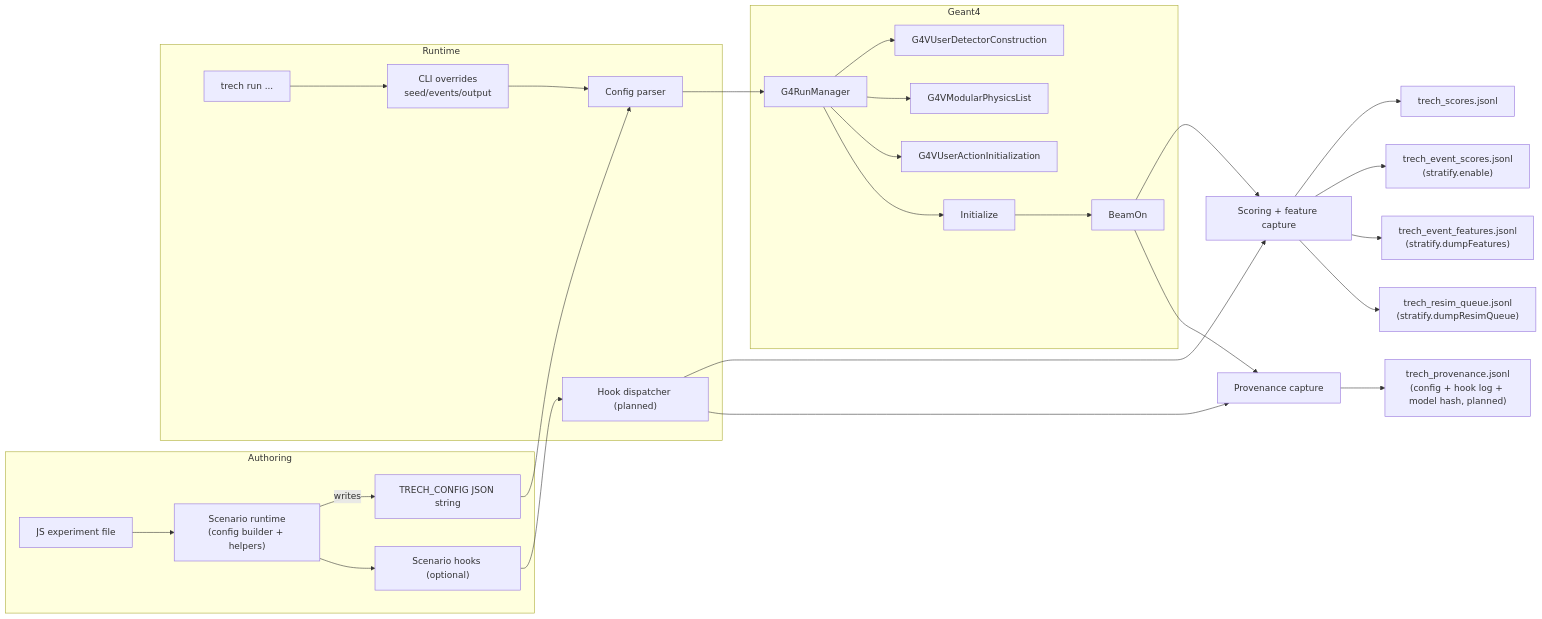
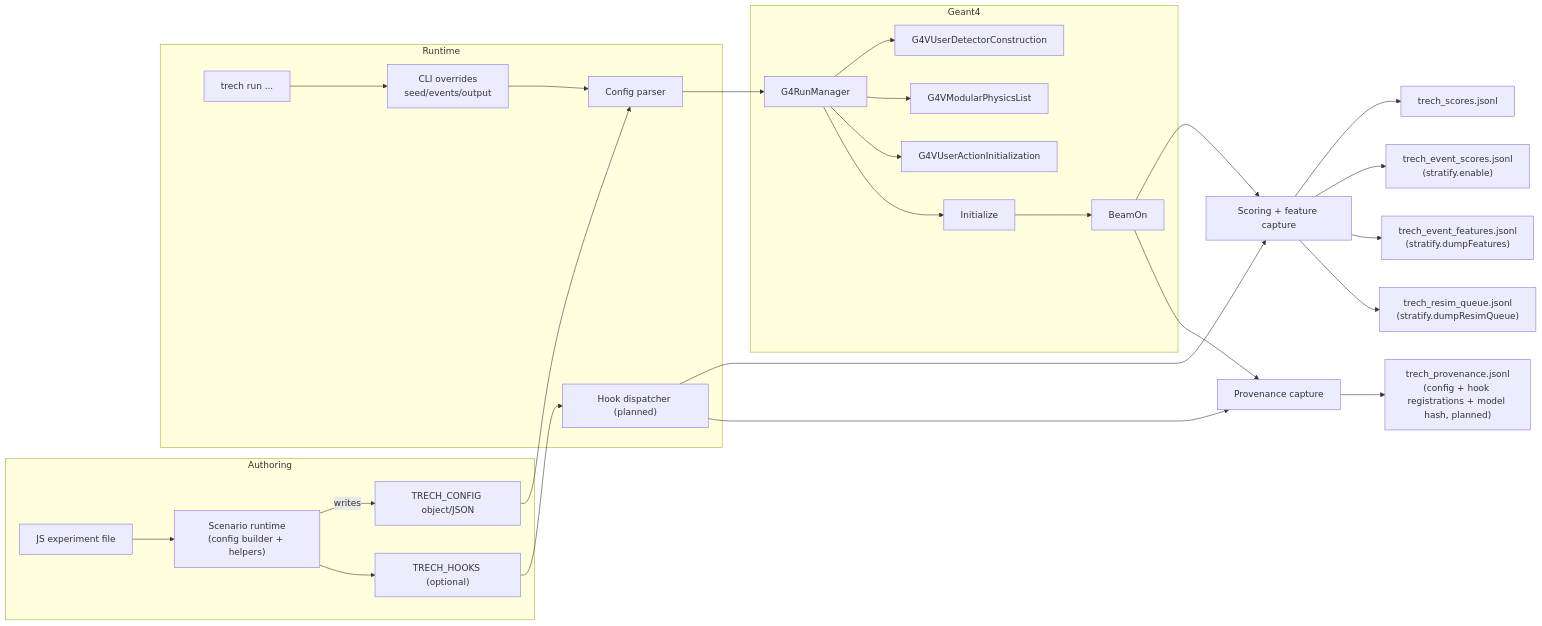
The first of 8 diagrams in CHARTS.md (Geckos-Ink/trech), drawn with Mermaid before and after one commit. The commit also changed other lines of this file and 32 other files, not shown here.

First line of the commit message:
shifted TRECH for object-based js configs

````diff
--- a/CHARTS.md
+++ b/CHARTS.md
@@ -9,31 +9,31 @@
 ```mermaid
 flowchart LR
   subgraph Authoring
     JS["JS experiment file"] --> SCEN["Scenario runtime\n(config builder + helpers)"]
-    SCEN -->|writes| CFG["TRECH_CONFIG JSON string"]
-    SCEN --> HOOKS["Scenario hooks (optional)"]
+    SCEN -->|writes| CFG["TRECH_CONFIG object/JSON"]
+    SCEN --> HOOKS["TRECH_HOOKS (optional)"]
   end
   subgraph Runtime
     CLI["trech run ..."] --> OV["CLI overrides\nseed/events/output"]
     CFG --> PARSE["Config parser"]
     OV --> PARSE
     HOOKS --> HOOKDISP["Hook dispatcher (planned)"]
   end
   subgraph Geant4
     PARSE --> RM["G4RunManager"]
     RM --> DET["G4VUserDetectorConstruction"]
     RM --> PHY["G4VModularPhysicsList"]
     RM --> ACT["G4VUserActionInitialization"]
     RM --> INIT["Initialize"]
     INIT --> BEAM["BeamOn"]
   end
   BEAM --> SCORE["Scoring + feature capture"]
   BEAM --> PROV["Provenance capture"]
   HOOKDISP --> SCORE
   HOOKDISP --> PROV
   SCORE --> OUT1["trech_scores.jsonl"]
   SCORE --> OUT2["trech_event_scores.jsonl\n(stratify.enable)"]
   SCORE --> OUT3["trech_event_features.jsonl\n(stratify.dumpFeatures)"]
   SCORE --> OUT4["trech_resim_queue.jsonl\n(stratify.dumpResimQueue)"]
-  PROV --> OUT5["trech_provenance.jsonl\n(config + hook log + model hash, planned)"]
+  PROV --> OUT5["trech_provenance.jsonl\n(config + hook registrations + model hash, planned)"]
 ```
````
